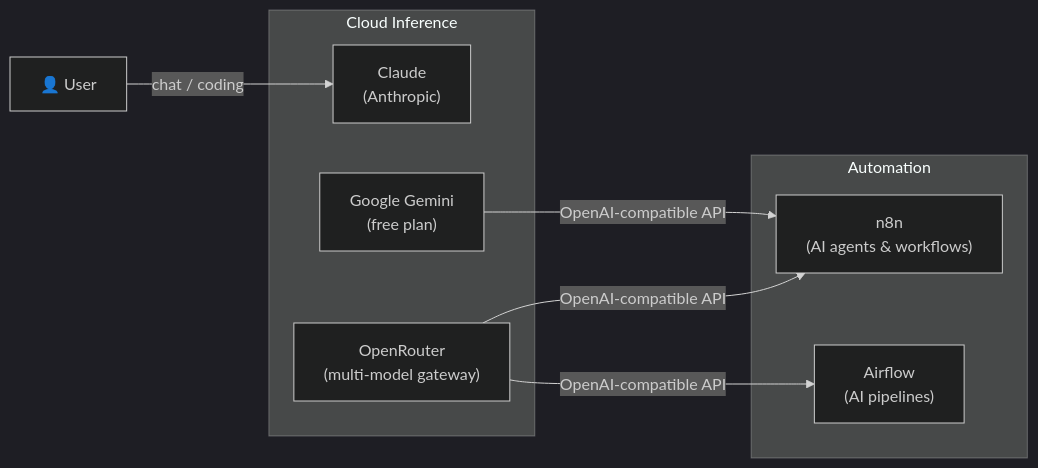
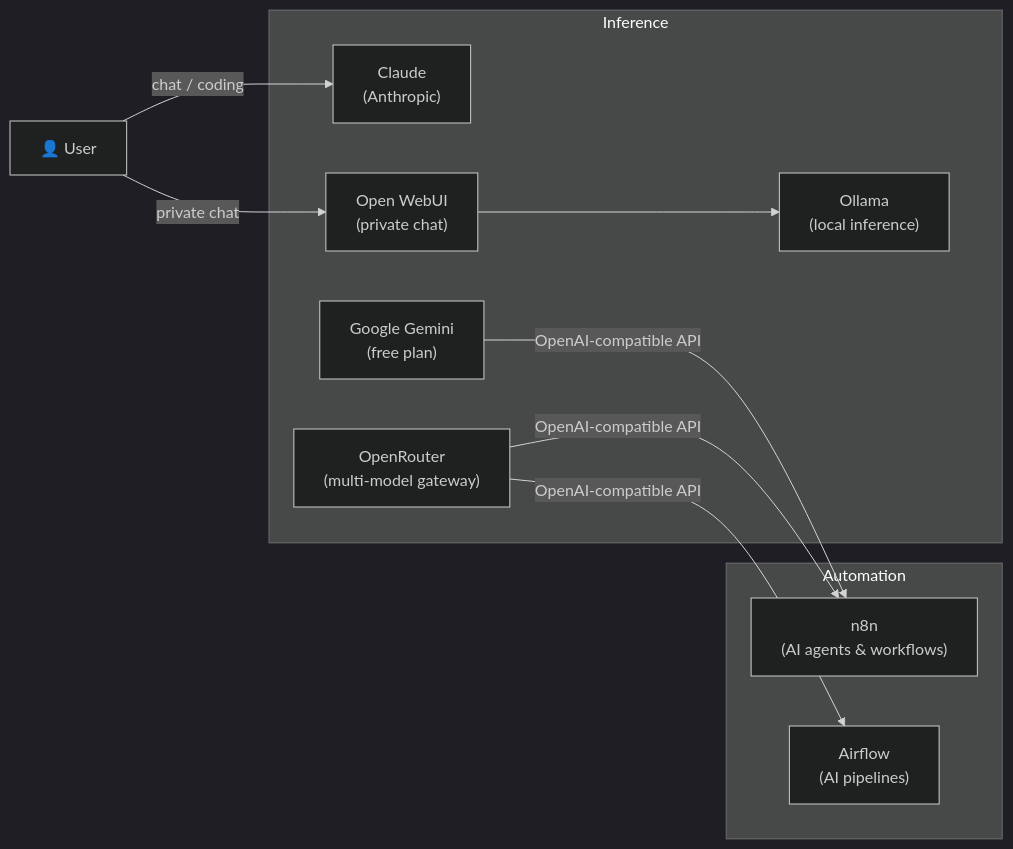
The diagram in docs/services/ai.md (datahub-local/datahub-local), drawn with Mermaid (dark theme) before and after one commit. The commit also changed other lines of this file and 11 other files, not shown here.

````diff
--- a/docs/services/ai.md
+++ b/docs/services/ai.md
@@ -14,20 +15,24 @@
 ```mermaid
 flowchart LR
-    subgraph "Cloud Inference"
+    subgraph "Inference"
         Claude["Claude\n(Anthropic)"]
         Gemini["Google Gemini\n(free plan)"]
         OpenRouter["OpenRouter\n(multi-model gateway)"]
+        Ollama["Ollama\n(local inference)"]
+        WebUI["Open WebUI\n(private chat)"]
     end
 
     subgraph "Automation"
         n8n["n8n\n(AI agents & workflows)"]
         Airflow["Airflow\n(AI pipelines)"]
     end
 
     User["👤 User"]
 
     User -->|"chat / coding"| Claude
+    User -->|"private chat"| WebUI
+    WebUI --> Ollama
     Gemini -->|"OpenAI-compatible API"| n8n
     OpenRouter -->|"OpenAI-compatible API"| n8n
     OpenRouter -->|"OpenAI-compatible API"| Airflow
 ```
````
